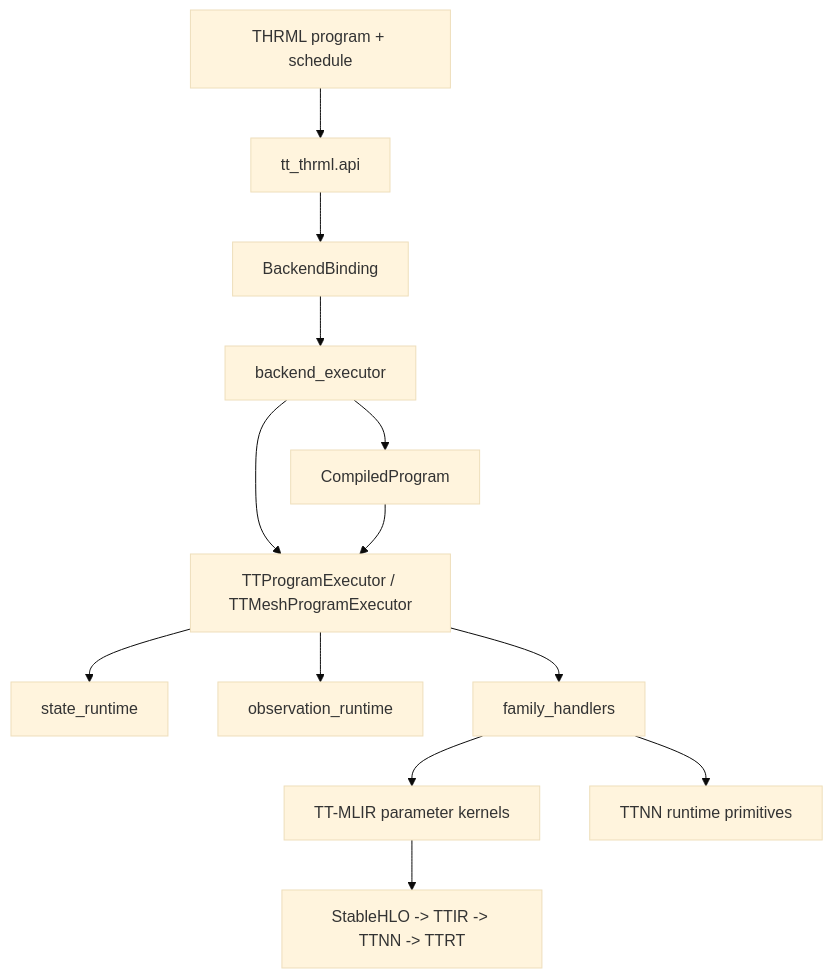
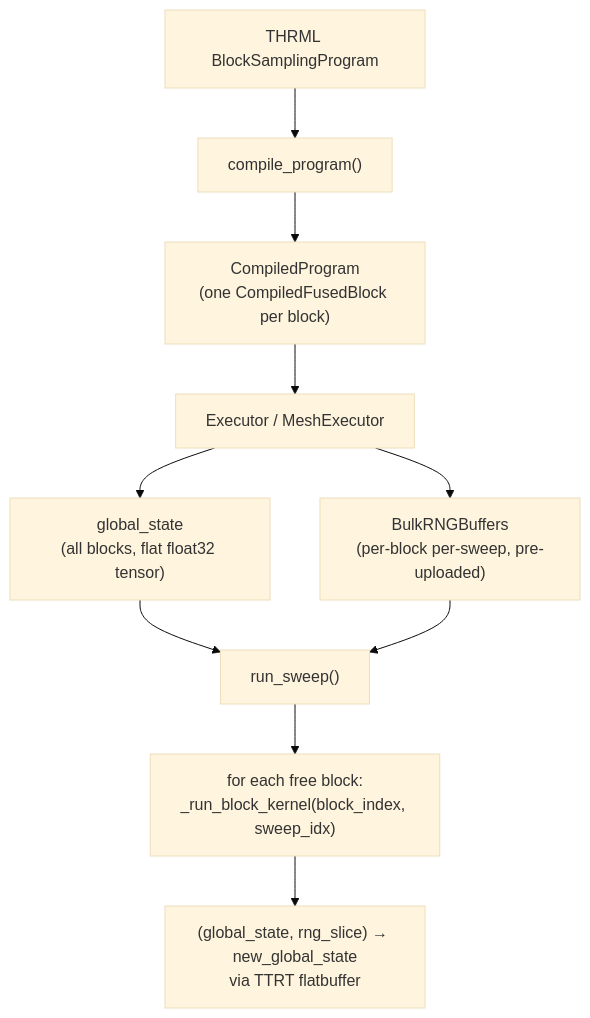
The first of 3 diagrams in docs/tt-thrml-internals.md (Specter-Research-Labs/tt-thrml), drawn with Mermaid (base theme) before and after one commit. The commit also changed other lines of this file and 78 other files, not shown here.

First line of the commit message:
rewrite tt-thrml to minimal ttmlir-only single-pass backend

````diff
--- a/docs/tt-thrml-internals.md
+++ b/docs/tt-thrml-internals.md
@@ -12,15 +12,12 @@
 ```mermaid
 flowchart TD
-    A["THRML program + schedule"] --> B["tt_thrml.api"]
-    B --> C["BackendBinding"]
-    C --> D["backend_executor"]
-    D --> E["CompiledProgram"]
-    D --> F["TTProgramExecutor / TTMeshProgramExecutor"]
-    E --> F
-    F --> G["state_runtime"]
-    F --> H["observation_runtime"]
-    F --> I["family_handlers"]
-    I --> J["TT-MLIR parameter kernels"]
-    I --> K["TTNN runtime primitives"]
-    J --> L["StableHLO -> TTIR -> TTNN -> TTRT"]
+    A["THRML BlockSamplingProgram"] --> B["compile_program()"]
+    B --> C["CompiledProgram\n(one CompiledFusedBlock per block)"]
+    C --> D["Executor / MeshExecutor"]
+    D --> E["global_state\n(all blocks, flat float32 tensor)"]
+    D --> F["BulkRNGBuffers\n(per-block per-sweep, pre-uploaded)"]
+    E --> G["run_sweep()"]
+    F --> G
+    G --> H["for each free block:\n_run_block_kernel(block_index, sweep_idx)"]
+    H --> I["(global_state, rng_slice) → new_global_state\nvia TTRT flatbuffer"]
 ```
````
